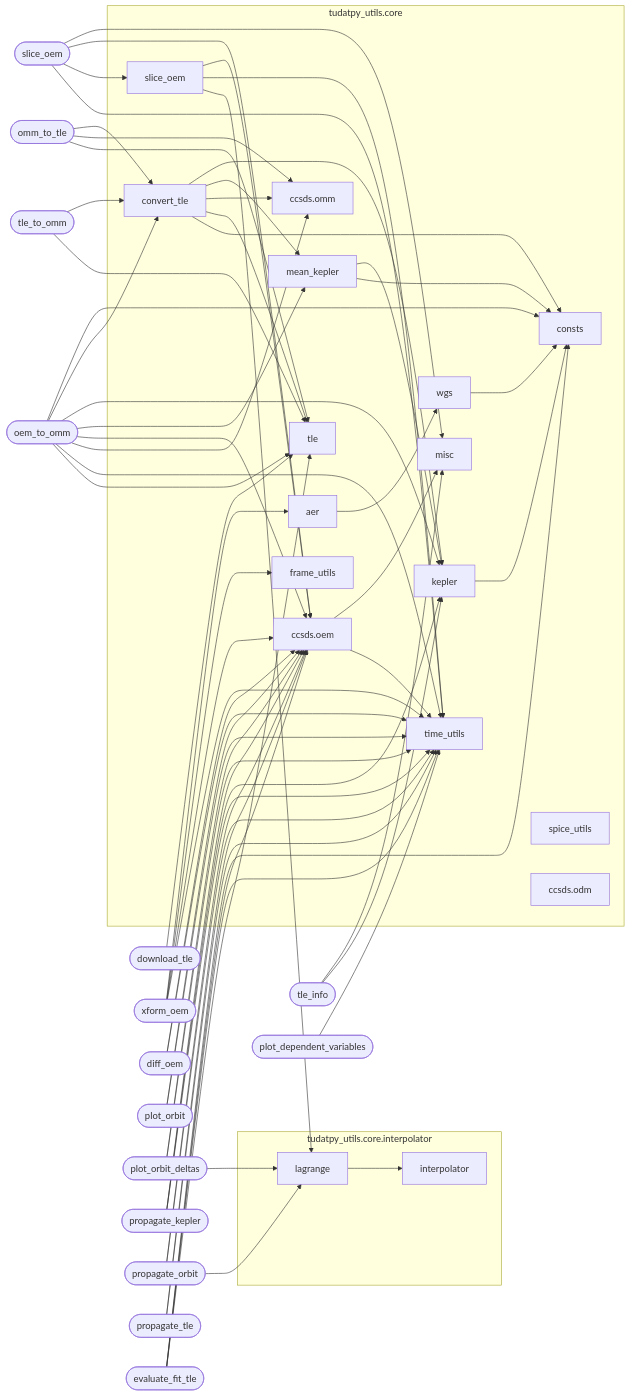
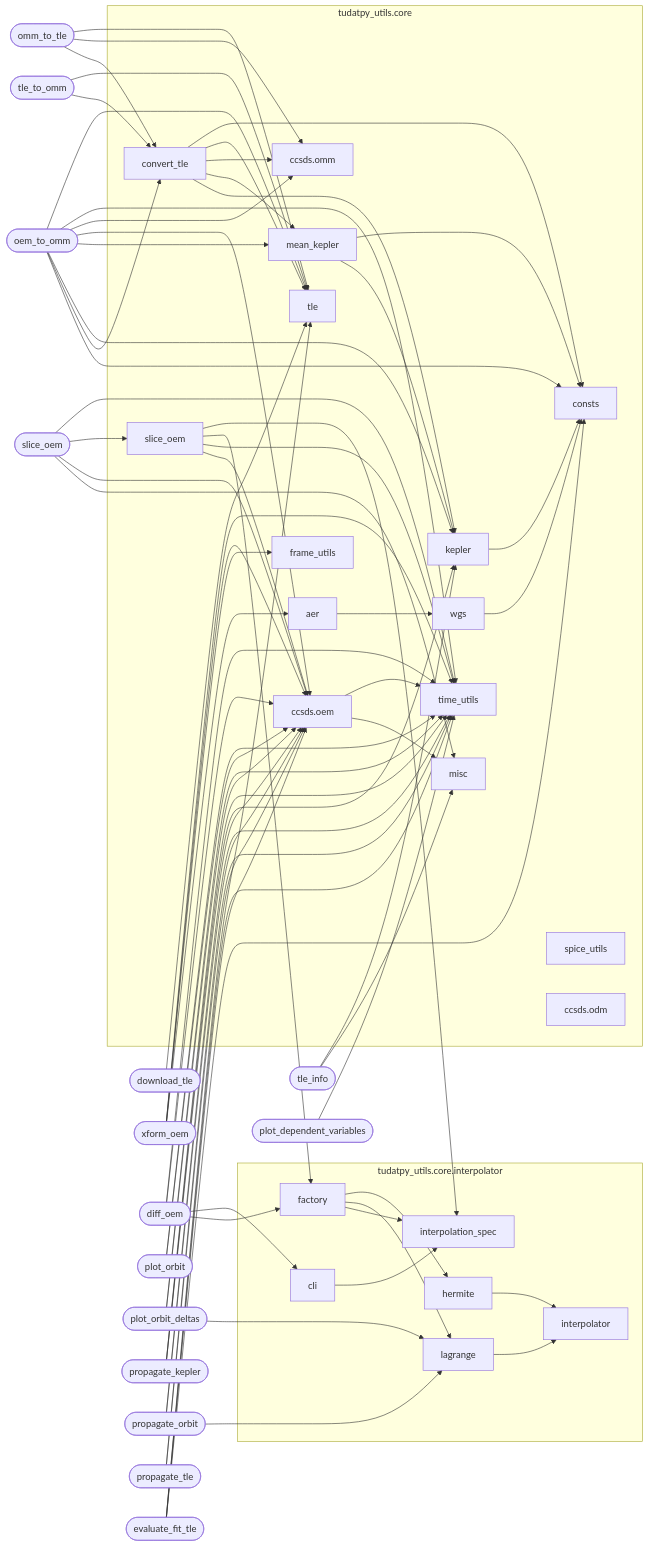
The diagram in docs/python_module_dependency_graph.mmd (jeongyunl/ephem-toolkit), drawn with Mermaid before and after one commit. The commit also changed 4 other files, not shown here.

Commit message:
Update documents and diagrams

```diff
--- a/docs/python_module_dependency_graph.mmd
+++ b/docs/python_module_dependency_graph.mmd
@@ -1,114 +1,126 @@
 ---
 config:
   flowchart:
     curve: basis
 ---
 graph LR
 
 %% Internal Python module dependencies under tudatpy_utils namespace
 %% Standalone scripts use stadium shape ([...])
 %% Library modules use default rectangle shape [...]
 %% Updated 2026-08-11 to reflect src/tudatpy_utils/ structure
 
     subgraph core["tudatpy_utils.core"]
         mod_core_aer[aer]
         mod_core_misc[misc]
         mod_core_consts[consts]
         mod_core_convert_tle[convert_tle]
         mod_core_frame_utils[frame_utils]
         mod_core_kepler[kepler]
         mod_core_mean_kepler[mean_kepler]
         mod_core_spice_utils[spice_utils]
         mod_core_odm[ccsds.odm]
         mod_core_oem[ccsds.oem]
         mod_core_omm[ccsds.omm]
         mod_core_slice_oem[slice_oem]
         mod_core_time_utils[time_utils]
         mod_core_tle[tle]
         mod_core_wgs[wgs]
     end
 
     subgraph interpolator["tudatpy_utils.core.interpolator"]
         mod_interpolator_interpolator[interpolator]
         mod_interpolator_lagrange[lagrange]
+        mod_interpolator_hermite[hermite]
+        mod_interpolator_spec[interpolation_spec]
+        mod_interpolator_factory[factory]
+        mod_core_cli[cli]
     end
 
     mod_util_download_tle([download_tle])
     mod_util_xform_oem([xform_oem])
     mod_util_omm_to_tle([omm_to_tle])
     mod_util_slice_oem([slice_oem])
     mod_util_tle_info([tle_info])
     mod_util_tle_to_omm([tle_to_omm])
     mod_util_diff_oem([diff_oem])
     mod_util_plot_orbit([plot_orbit])
     mod_util_plot_orbit_deltas([plot_orbit_deltas])
     mod_util_plot_dep_vars([plot_dependent_variables])
     mod_util_propagate_kepler([propagate_kepler])
     mod_util_propagate_orbit([propagate_orbit])
     mod_util_propagate_tle([propagate_tle])
     mod_util_oem_to_omm([oem_to_omm])
     mod_util_evaluate_fit_tle([evaluate_fit_tle])
 
     %% ===== Core library internal edges =====
     mod_core_aer --> mod_core_wgs
     mod_core_convert_tle --> mod_core_kepler
     mod_core_convert_tle --> mod_core_mean_kepler
     mod_core_convert_tle --> mod_core_omm
     mod_core_convert_tle --> mod_core_tle
     mod_core_convert_tle --> mod_core_consts
     mod_core_kepler --> mod_core_consts
     mod_core_mean_kepler --> mod_core_kepler
     mod_core_mean_kepler --> mod_core_consts
     mod_core_oem --> mod_core_misc
     mod_core_oem --> mod_core_time_utils
     mod_core_slice_oem --> mod_core_oem
     mod_core_slice_oem --> mod_core_time_utils
-    mod_core_slice_oem --> mod_interpolator_lagrange
+    mod_core_slice_oem --> mod_interpolator_factory
+    mod_core_slice_oem --> mod_interpolator_spec
     mod_core_wgs --> mod_core_consts
     mod_interpolator_lagrange --> mod_interpolator_interpolator
+    mod_interpolator_hermite --> mod_interpolator_interpolator
+    mod_interpolator_factory --> mod_interpolator_spec
+    mod_interpolator_factory --> mod_interpolator_lagrange
+    mod_interpolator_factory --> mod_interpolator_hermite
+    mod_core_cli --> mod_interpolator_spec
 
     %% ===== Utility module edges to core =====
     mod_util_xform_oem --> mod_core_aer
     mod_util_xform_oem --> mod_core_frame_utils
     mod_util_xform_oem --> mod_core_oem
     mod_util_xform_oem --> mod_core_time_utils
     mod_util_omm_to_tle --> mod_core_convert_tle
     mod_util_omm_to_tle --> mod_core_omm
     mod_util_omm_to_tle --> mod_core_tle
     mod_util_slice_oem --> mod_core_misc
     mod_util_slice_oem --> mod_core_oem
     mod_util_slice_oem --> mod_core_slice_oem
     mod_util_slice_oem --> mod_core_time_utils
     mod_util_tle_info --> mod_core_misc
     mod_util_tle_info --> mod_core_kepler
     mod_util_tle_to_omm --> mod_core_convert_tle
     mod_util_tle_to_omm --> mod_core_tle
     mod_util_diff_oem --> mod_core_oem
     mod_util_diff_oem --> mod_core_time_utils
+    mod_util_diff_oem --> mod_interpolator_factory
+    mod_util_diff_oem --> mod_core_cli
     mod_util_plot_orbit --> mod_core_oem
     mod_util_plot_orbit --> mod_core_time_utils
     mod_util_plot_orbit_deltas --> mod_core_oem
     mod_util_plot_orbit_deltas --> mod_core_time_utils
     mod_util_plot_orbit_deltas --> mod_interpolator_lagrange
     mod_util_plot_dep_vars --> mod_core_time_utils
     mod_util_propagate_kepler --> mod_core_oem
     mod_util_propagate_kepler --> mod_core_kepler
     mod_util_propagate_kepler --> mod_core_time_utils
     mod_util_propagate_orbit --> mod_core_oem
     mod_util_propagate_orbit --> mod_core_time_utils
     mod_util_propagate_orbit --> mod_interpolator_lagrange
     mod_util_propagate_tle --> mod_core_oem
     mod_util_propagate_tle --> mod_core_time_utils
     mod_util_oem_to_omm --> mod_core_consts
     mod_util_oem_to_omm --> mod_core_convert_tle
     mod_util_oem_to_omm --> mod_core_kepler
     mod_util_oem_to_omm --> mod_core_mean_kepler
     mod_util_oem_to_omm --> mod_core_oem
     mod_util_oem_to_omm --> mod_core_omm
     mod_util_oem_to_omm --> mod_core_time_utils
     mod_util_oem_to_omm --> mod_core_tle
     mod_util_evaluate_fit_tle --> mod_core_consts
     mod_util_evaluate_fit_tle --> mod_core_oem
     mod_util_evaluate_fit_tle --> mod_core_time_utils
     mod_util_evaluate_fit_tle --> mod_core_tle
     mod_util_download_tle --> mod_core_tle
```
